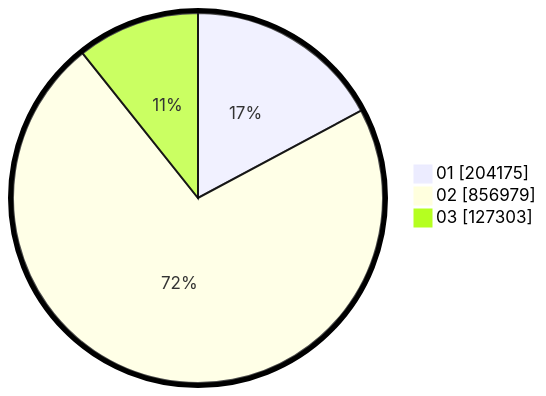
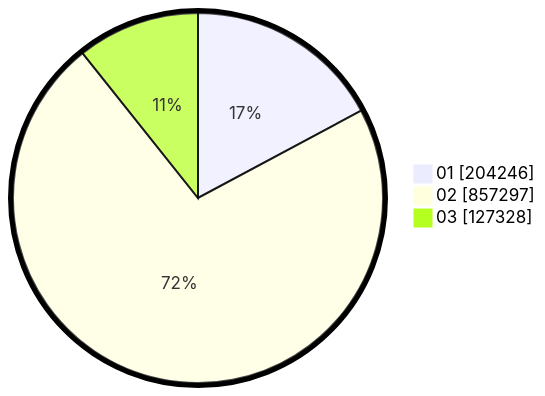
The second of 2 diagrams in pilpres/hitung-suara/sub/table-wilayah-62.md (gigit-pemilu/pemilu-2024), drawn with Mermaid before and after one commit. The commit also changed other lines of this file and 7 other files, not shown here.

````diff
--- a/pilpres/hitung-suara/sub/table-wilayah-62.md
+++ b/pilpres/hitung-suara/sub/table-wilayah-62.md
@@ -15,7 +15,7 @@
 ```mermaid
 %%{init: {"pie": {"textPosition": 0.5}, "themeVariables": {"pieOuterStrokeWidth": "5px"}} }%%
 pie showData
-    "01" : 204175
-    "02" : 856979
-    "03" : 127303
+    "01" : 204246
+    "02" : 857297
+    "03" : 127328
 ```
````
